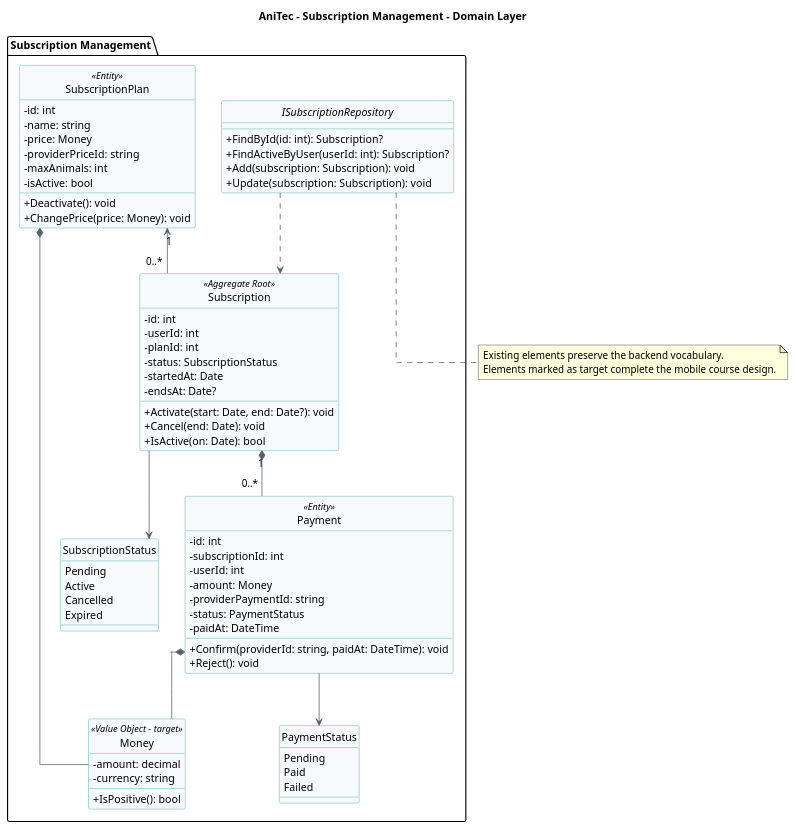
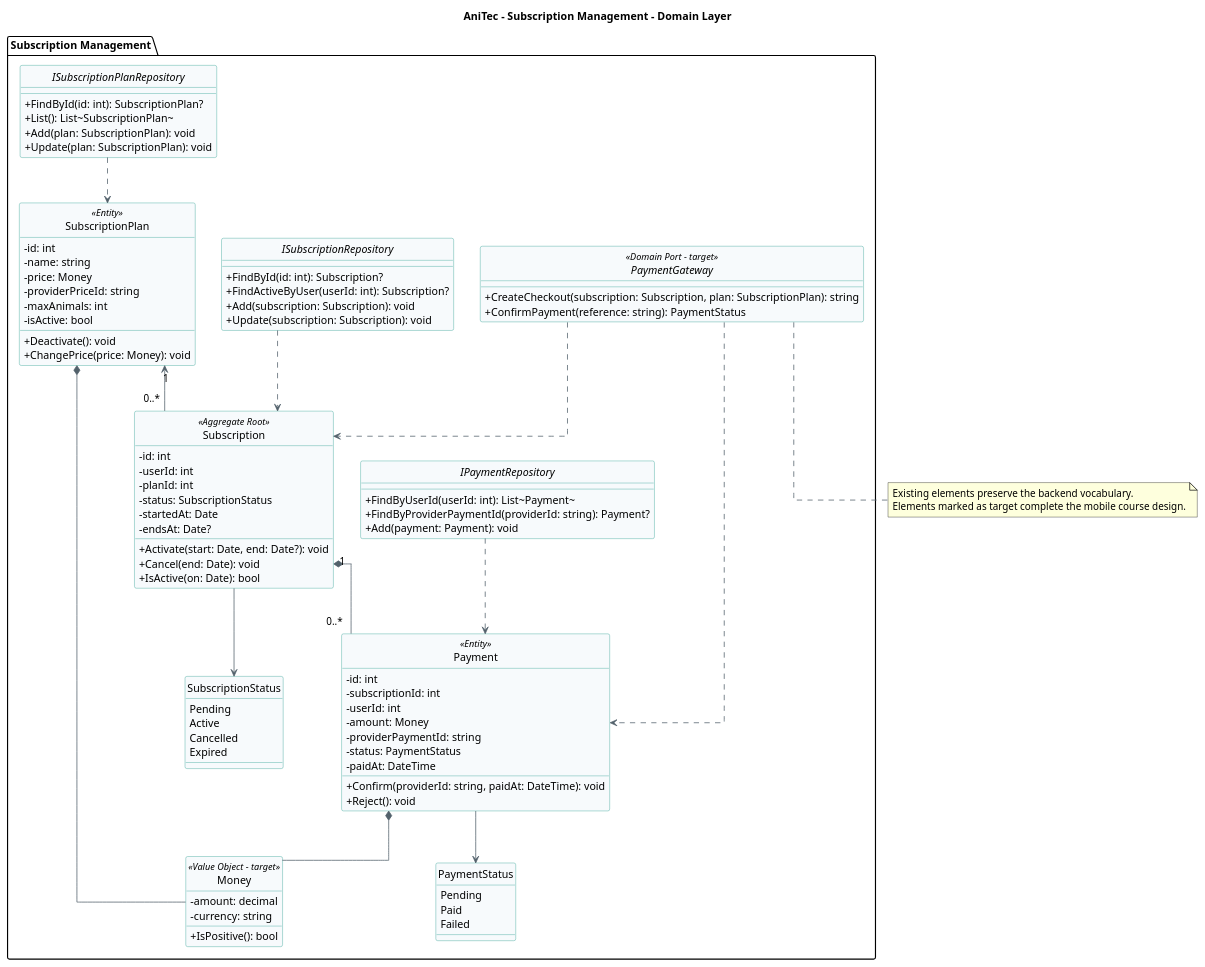
One commit to ADM-1ACC0238-2620-13975-Grupo01/Informe changed the diagram in markdown/assets/codefordiagrams/2-6-8-Bounded-Context-Subscription-Management/domain-layer-class-diagram.puml. Above: the diagram before and after it, drawn with PlantUML. The commit also changed 20 other files, not shown here.

```diff
--- a/markdown/assets/codefordiagrams/2-6-8-Bounded-Context-Subscription-Management/domain-layer-class-diagram.puml
+++ b/markdown/assets/codefordiagrams/2-6-8-Bounded-Context-Subscription-Management/domain-layer-class-diagram.puml
@@ -1,81 +1,100 @@
 @startuml
 title AniTec - Subscription Management - Domain Layer
 hide circle
 skinparam classAttributeIconSize 0
 skinparam shadowing false
 skinparam linetype ortho
 skinparam class {
   BackgroundColor #F7FAFC
   BorderColor #2A9D8F
   ArrowColor #52616B
 }
 
 package "Subscription Management" {
 class SubscriptionPlan <<Entity>> {
   -id: int
   -name: string
   -price: Money
   -providerPriceId: string
   -maxAnimals: int
   -isActive: bool
   +Deactivate(): void
   +ChangePrice(price: Money): void
 }
 class Subscription <<Aggregate Root>> {
   -id: int
   -userId: int
   -planId: int
   -status: SubscriptionStatus
   -startedAt: Date
   -endsAt: Date?
   +Activate(start: Date, end: Date?): void
   +Cancel(end: Date): void
   +IsActive(on: Date): bool
 }
 class Payment <<Entity>> {
   -id: int
   -subscriptionId: int
   -userId: int
   -amount: Money
   -providerPaymentId: string
   -status: PaymentStatus
   -paidAt: DateTime
   +Confirm(providerId: string, paidAt: DateTime): void
   +Reject(): void
 }
 class Money <<Value Object - target>> {
   -amount: decimal
   -currency: string
   +IsPositive(): bool
 }
 enum SubscriptionStatus {
   Pending
   Active
   Cancelled
   Expired
 }
 enum PaymentStatus {
   Pending
   Paid
   Failed
 }
 interface ISubscriptionRepository {
   +FindById(id: int): Subscription?
   +FindActiveByUser(userId: int): Subscription?
   +Add(subscription: Subscription): void
   +Update(subscription: Subscription): void
 }
 SubscriptionPlan "1" <-- "0..*" Subscription
 Subscription "1" *-- "0..*" Payment
 Subscription --> SubscriptionStatus
 Payment --> PaymentStatus
 Payment *-- Money
 SubscriptionPlan *-- Money
 ISubscriptionRepository ..> Subscription
+interface ISubscriptionPlanRepository {
+  +FindById(id: int): SubscriptionPlan?
+  +List(): List~SubscriptionPlan~
+  +Add(plan: SubscriptionPlan): void
+  +Update(plan: SubscriptionPlan): void
+}
+interface IPaymentRepository {
+  +FindByUserId(userId: int): List~Payment~
+  +FindByProviderPaymentId(providerId: string): Payment?
+  +Add(payment: Payment): void
+}
+interface PaymentGateway <<Domain Port - target>> {
+  +CreateCheckout(subscription: Subscription, plan: SubscriptionPlan): string
+  +ConfirmPayment(reference: string): PaymentStatus
+}
+ISubscriptionPlanRepository ..> SubscriptionPlan
+IPaymentRepository ..> Payment
+PaymentGateway ..> Subscription
+PaymentGateway ..> Payment
 }
 
 note bottom
   Existing elements preserve the backend vocabulary.
   Elements marked as target complete the mobile course design.
 end note
 @enduml
```
